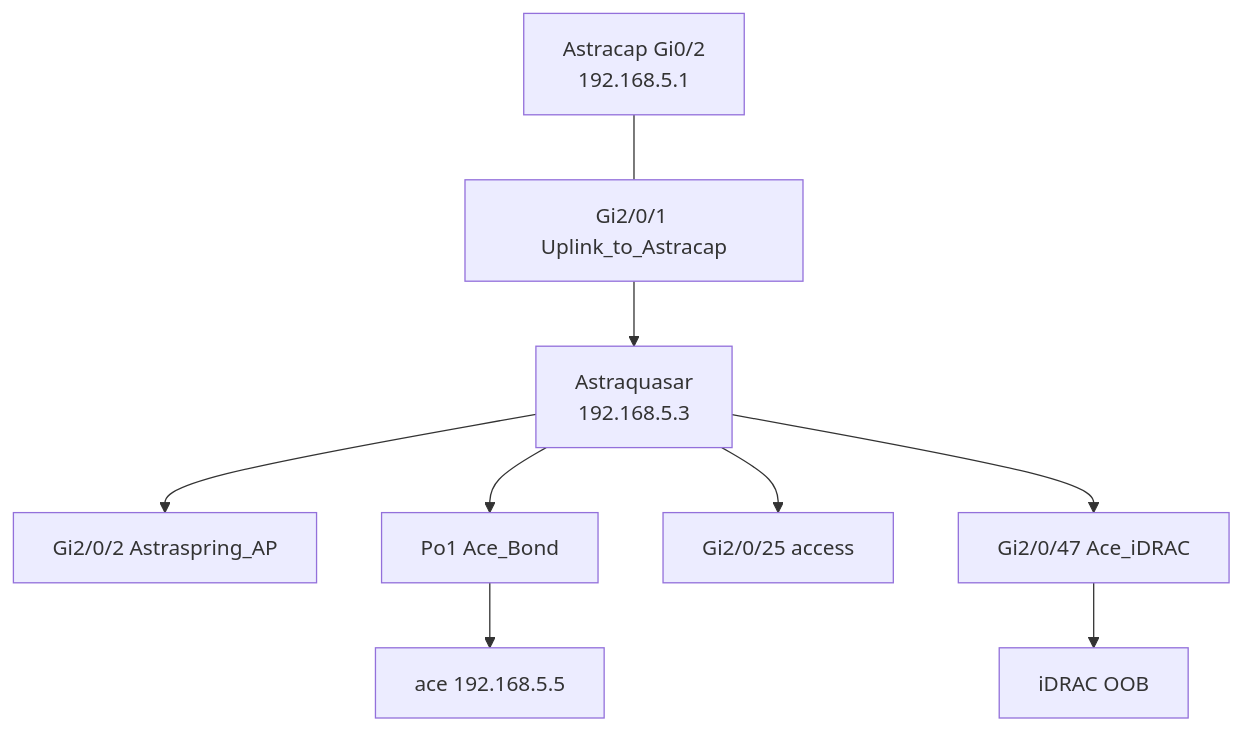
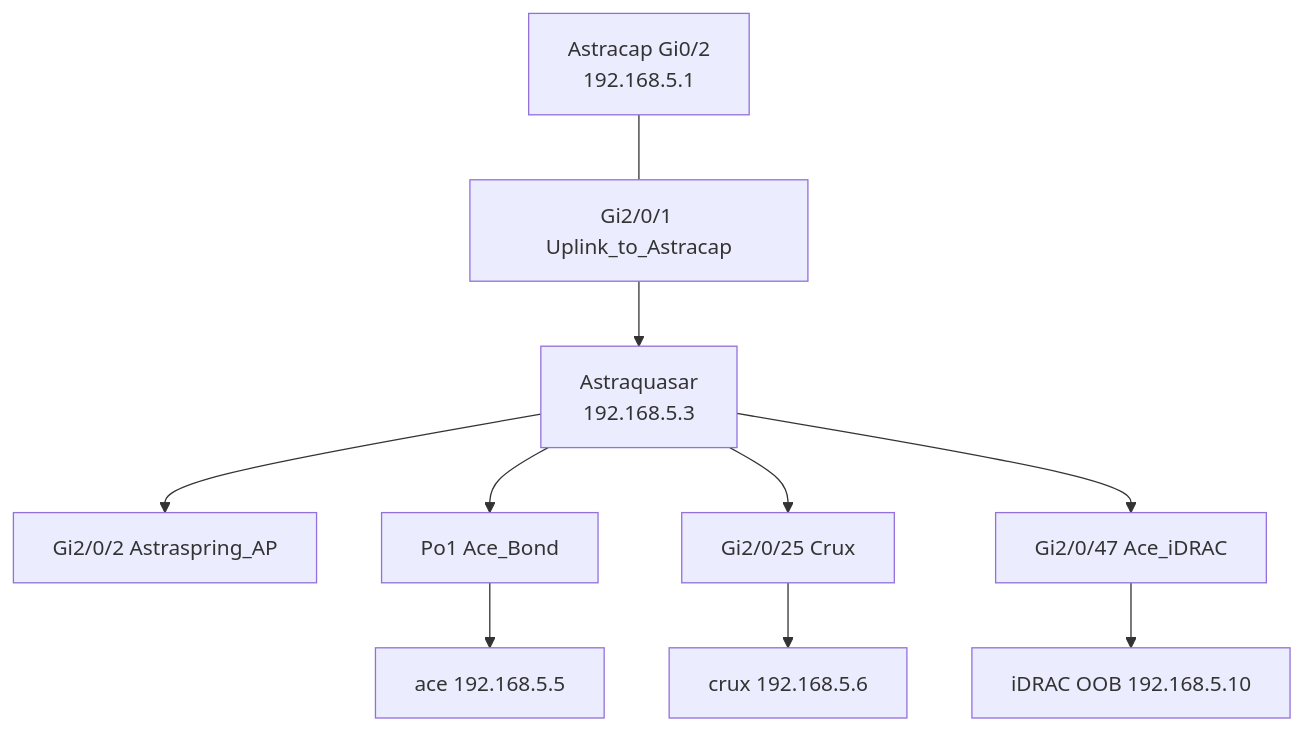
One commit to PrestonHager/nixos-configs changed the diagram in docs/network-astraquasar-switch.md. Above: the diagram before and after it, drawn with Mermaid. The commit also changed other lines of this file and 2 other files, not shown here.

Commit message:
Document verified LAN topology and label Astraquasar ports.
Capture host/IP reachability (LAN vs WAN), confirm crux on Gi2/0/25, and note nova offline so new devices can be planned against a current map.

````diff
--- a/docs/network-astraquasar-switch.md
+++ b/docs/network-astraquasar-switch.md
@@ -19,18 +19,19 @@
 ```mermaid
 flowchart TB
   R["Astracap Gi0/2<br/>192.168.5.1"]
   SW["Astraquasar<br/>192.168.5.3"]
   U["Gi2/0/1 Uplink_to_Astracap"]
   AP["Gi2/0/2 Astraspring_AP"]
   Po["Po1 Ace_Bond"]
   Ace["ace 192.168.5.5"]
-  P25["Gi2/0/25 access"]
+  P25["Gi2/0/25 Crux"]
+  Crux["crux 192.168.5.6"]
   P47["Gi2/0/47 Ace_iDRAC"]
-  Host["iDRAC OOB"]
+  Host["iDRAC OOB 192.168.5.10"]
 
   R --- U --> SW
   SW --> AP
   SW --> Po --> Ace
-  SW --> P25
+  SW --> P25 --> Crux
   SW --> P47 --> Host
 ```
````
